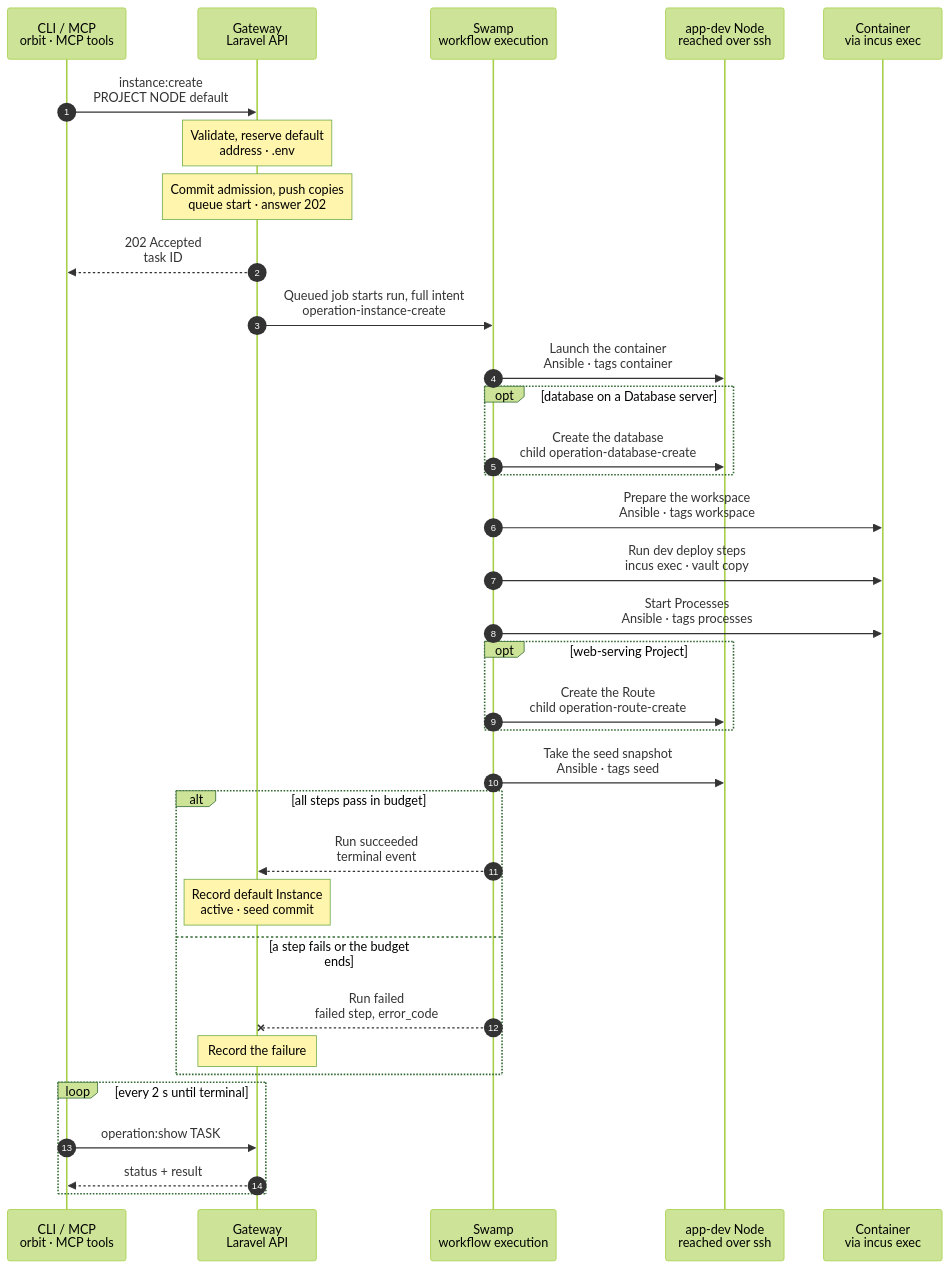
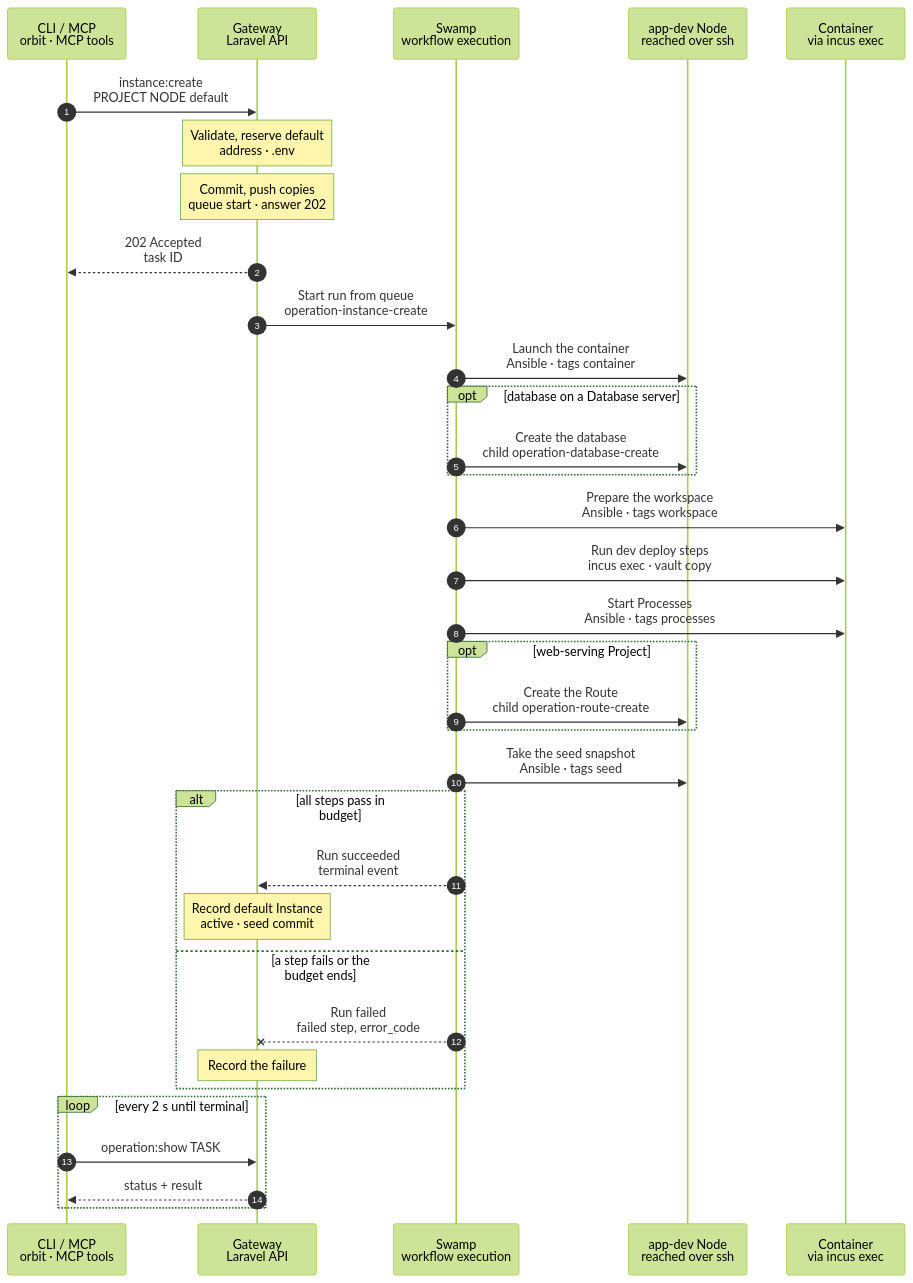
Before and after one commit to hardimpactdev/orbit: the diagram in docs/cli/instance/container/create-default.mmd, drawn with Mermaid (forest theme). The commit also changed 2 other files, not shown here.

Commit message:
docs(instances): keep queued start chart labels within width limits

```diff
--- a/docs/cli/instance/container/create-default.mmd
+++ b/docs/cli/instance/container/create-default.mmd
@@ -1,77 +1,77 @@
 sequenceDiagram
   %% Target design, container runtime (ADR 0250 step 3, docs/reference/development-containers.md#the-default-instance): the Project's first default Instance on an app-dev Node, the only Instance built from scratch. It runs no T3; it is the clone source of the Project's other Instances. When the charts move into place, this becomes the first-default branch of container/create.mmd.
   %% status: draft
   %% command: instance:create PROJECT NODE default
   %% kind: instance.create
   autonumber
   %% lane CLI icon=terminal pill=caller tone=gray
   %% lane GW icon=gateway pill=intent tone=blue
   %% lane SW icon=workflow pill=executes tone=green
   %% lane N icon=server pill=target tone=amber
   %% lane C icon=server pill=target tone=purple
   participant CLI as CLI / MCP<br/>orbit · MCP tools
   participant GW as Gateway<br/>Laravel API
   participant SW as Swamp<br/>workflow execution
   participant N as app-dev Node<br/>reached over ssh
   participant C as Container<br/>via incus exec
   CLI->>GW: instance:create<br/>PROJECT NODE default
   %%> Command:
   %%> - `orbit instance:create PROJECT NODE default`
   %%> - a name equal to the Project's default branch also creates the `default` Instance
   Note over GW: Validate, reserve default<br/>address · .env
   %%> Requirements:
   %%> - the calling Node has node access to the target Node, an active `app-dev` Node
   %%> - the Project has no default Instance anywhere in the fleet; its other Instances are made on this Node
   %%> - a web-serving Project names its PHP version, and the runtime folder holds that static PHP build
   %%> Result:
   %%> - the default Instance is reserved with its runtime record and Route; it gets no T3 port
   %%> - `.env` is rendered from the Project's env template; a repository read token goes to the vault
-  Note over GW: Commit admission, push copies<br/>queue start · answer 202
+  Note over GW: Commit, push copies<br/>queue start · answer 202
   GW-->>CLI: 202 Accepted<br/>task ID
-  GW->>SW: Queued job starts run, full intent<br/>operation-instance-create
+  GW->>SW: Start run from queue<br/>operation-instance-create
   SW->>N: Launch the container<br/>Ansible · tags container
   %%> What it does:
   %%> - `incus init` from the Node's image `orbit-instance` with the reserved bridge address, then `incus start`; the project's profile gives `security.port_isolation` and the idmapped, read-only shared folders
   %%> - the NIC carries the bridge ACL and the container's own ACL, which lets only the Node's Caddy reach port 8080
   %%> - the agent folder is mounted too, so its clones have it; nothing in the default runs from it
   %%> - fetches the default branch into the Node's mirror with the read token; the token stays on the Node
   opt database on a Database server
     SW->>N: Create the database<br/>child operation-database-create
     %%> What it does:
     %%> - the database family creates the owner and the database on the Project's database server, on this Node or another
     %%> - needs the container's database rule; without it the admission refuses `operation.kind_unavailable`
   end
   SW->>C: Prepare the workspace<br/>Ansible · tags workspace
   %%> What it does:
   %%> - pushes the default branch in as a bundle and checks it out in `/srv/workspace` as `orbit`, with the group, setgid bits and default ACLs
   %%> - writes `.env` for `orbit` with group `work`; writes no `/etc/orbit/instance`, so T3 never starts here
   SW->>C: Run dev deploy steps<br/>incus exec · vault copy
   %%> What it does:
   %%> - the Project's development deploy steps, as `orbit`, in list order: they install dependencies and migrate
   %%> - the runtime folder supplies `php`, `composer`, Node and Bun; dependency downloads use the container egress model
   SW->>C: Start Processes<br/>Ansible · tags processes
   %%> What it does:
   %%> - FrankenPHP starts as the `orbit` unit `orbit-frankenphp.service` on port 8080 of the bridge address
   %%> - the Project's development Processes start as `orbit-process-<id>-<name>.service` units, as `orbit`; each environment file comes from the vault, root only
   %%> - a Process whose desired state is stopped is installed, not started
   opt web-serving Project
     SW->>N: Create the Route<br/>child operation-route-create
   end
   SW->>N: Take the seed snapshot<br/>Ansible · tags seed
   %%> What it does:
   %%> - stops the Processes for a moment and snapshots the container as `seed-<commit>`, which clones copy
   alt all steps pass in budget
     SW-->>GW: Run succeeded<br/>terminal event
     Note over GW: Record default Instance<br/>active · seed commit
     %%> Result:
     %%> - the default Instance is active and its container runs; the runtime records the seed commit
   else a step fails or the budget ends
     SW--xGW: Run failed<br/>failed step, error_code
     %%> What stays:
     %%> - the stopped container with its workspace, marked failed; the same command resumes it
     Note over GW: Record the failure
   end
   loop every 2 s until terminal
     CLI->>GW: operation:show TASK
     GW-->>CLI: status + result
   end
```
